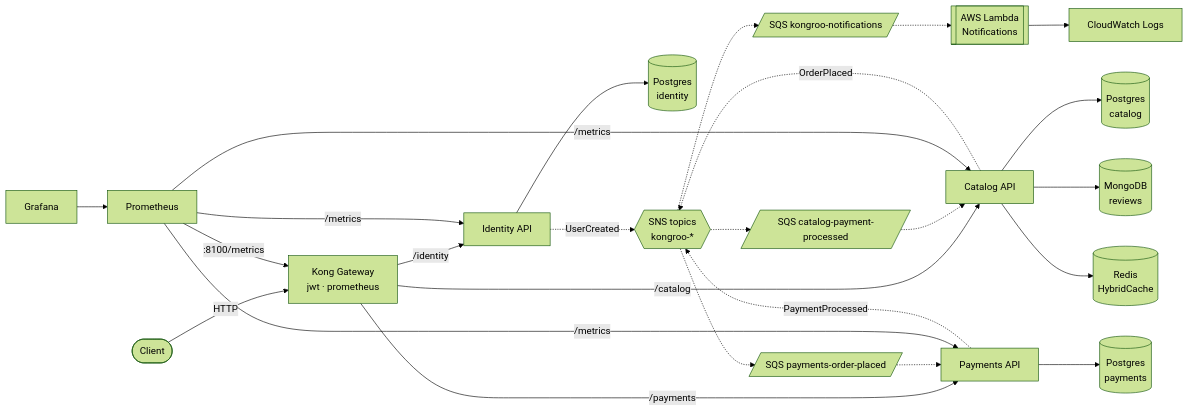
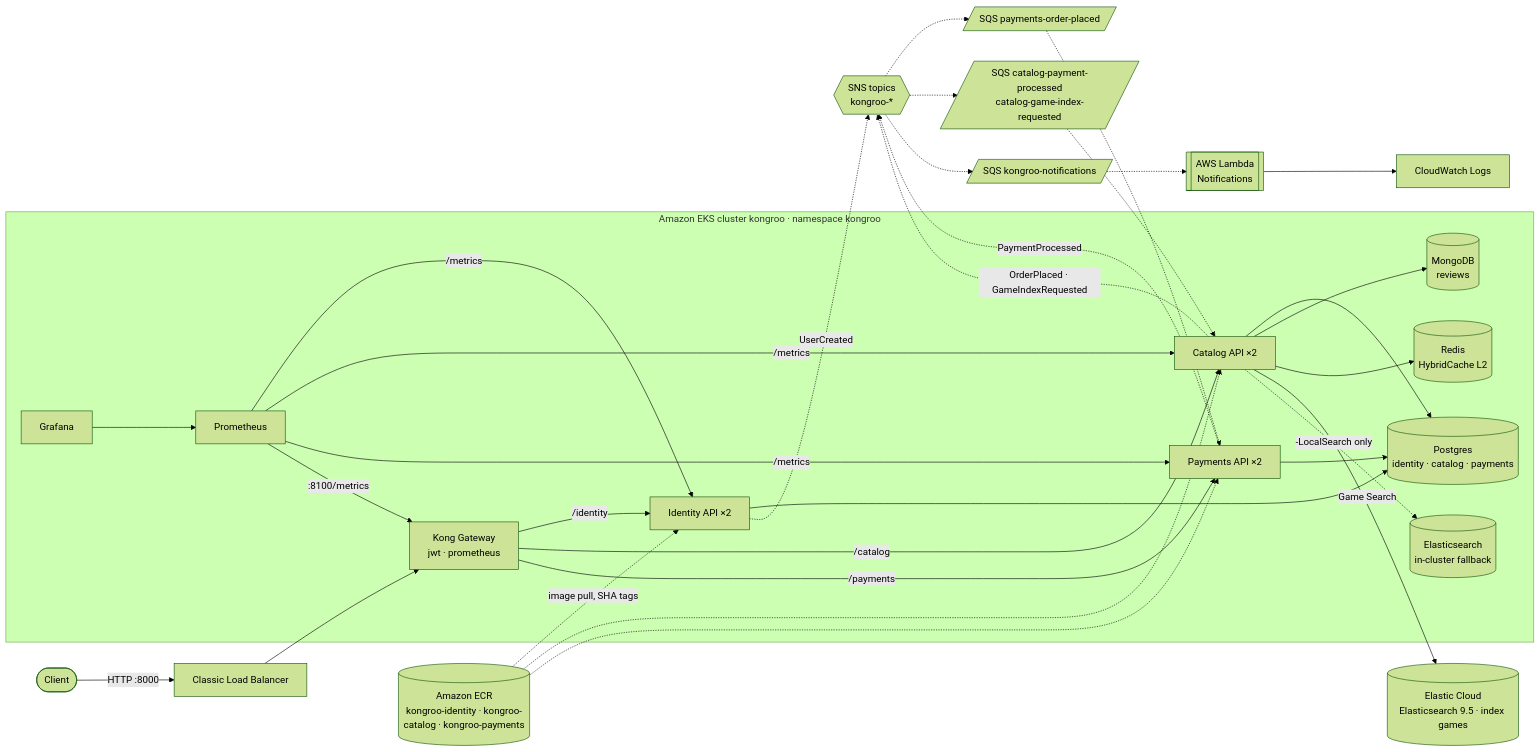
Before and after one commit to almeidajr/Kongroo.Orchestration: the first of 11 diagrams in ARCHITECTURE.md, drawn with Mermaid (forest theme). The commit also changed other lines of this file, not shown here.

Commit message:
docs: update ARCHITECTURE for Phase 4: EKS deployment, CI/CD, Game Search sync and cache layers

````diff
--- a/ARCHITECTURE.md
+++ b/ARCHITECTURE.md
@@ -25,26 +36,46 @@
 ```mermaid
 flowchart LR
-    client([Client]) -->|HTTP| kong[Kong Gateway<br/>jwt · prometheus]
-    kong -->|/identity| identity[Identity API]
-    kong -->|/catalog| catalog[Catalog API]
-    kong -->|/payments| payments[Payments API]
+    client([Client]) -->|HTTP :8000| clb[Classic Load Balancer]
 
-    identity --> pgi[(Postgres<br/>identity)]
-    catalog --> pgc[(Postgres<br/>catalog)]
-    catalog --> mongo[(MongoDB<br/>reviews)]
-    catalog --> redis[(Redis<br/>HybridCache)]
-    payments --> pgp[(Postgres<br/>payments)]
+    subgraph eks[Amazon EKS cluster kongroo · namespace kongroo]
+        kong[Kong Gateway<br/>jwt · prometheus]
+        identity[Identity API ×2]
+        catalog[Catalog API ×2]
+        payments[Payments API ×2]
+        pg[(Postgres<br/>identity · catalog · payments)]
+        mongo[(MongoDB<br/>reviews)]
+        redis[(Redis<br/>HybridCache L2)]
+        esl[("Elasticsearch<br/>in-cluster fallback")]
+        prom[Prometheus]
+        grafana[Grafana]
+    end
+
+    clb --> kong
+    kong -->|/identity| identity
+    kong -->|/catalog| catalog
+    kong -->|/payments| payments
+    identity --> pg
+    catalog --> pg
+    payments --> pg
+    catalog --> mongo
+    catalog --> redis
+    catalog -->|Game Search| es[("Elastic Cloud<br/>Elasticsearch 9.5 · index games")]
+    catalog -.->|"-LocalSearch only"| esl
 
     identity -.->|UserCreated| sns{{SNS topics<br/>kongroo-*}}
-    catalog -.->|OrderPlaced| sns
+    catalog -.->|OrderPlaced · GameIndexRequested| sns
     payments -.->|PaymentProcessed| sns
     sns -.-> sqsp[/SQS payments-order-placed/] -.-> payments
-    sns -.-> sqsc[/SQS catalog-payment-processed/] -.-> catalog
+    sns -.-> sqsc[/SQS catalog-payment-processed<br/>catalog-game-index-requested/] -.-> catalog
     sns -.-> sqsn[/SQS kongroo-notifications/] -.-> lambda[[AWS Lambda<br/>Notifications]] --> cw[CloudWatch Logs]
 
-    prom[Prometheus] -->|/metrics| identity
+    ecr[(Amazon ECR<br/>kongroo-identity · kongroo-catalog · kongroo-payments)] -.->|image pull, SHA tags| identity
+    ecr -.-> catalog
+    ecr -.-> payments
+
+    prom -->|/metrics| identity
     prom -->|/metrics| catalog
     prom -->|/metrics| payments
     prom -->|:8100/metrics| kong
-    grafana[Grafana] --> prom
+    grafana --> prom
 ```
````
